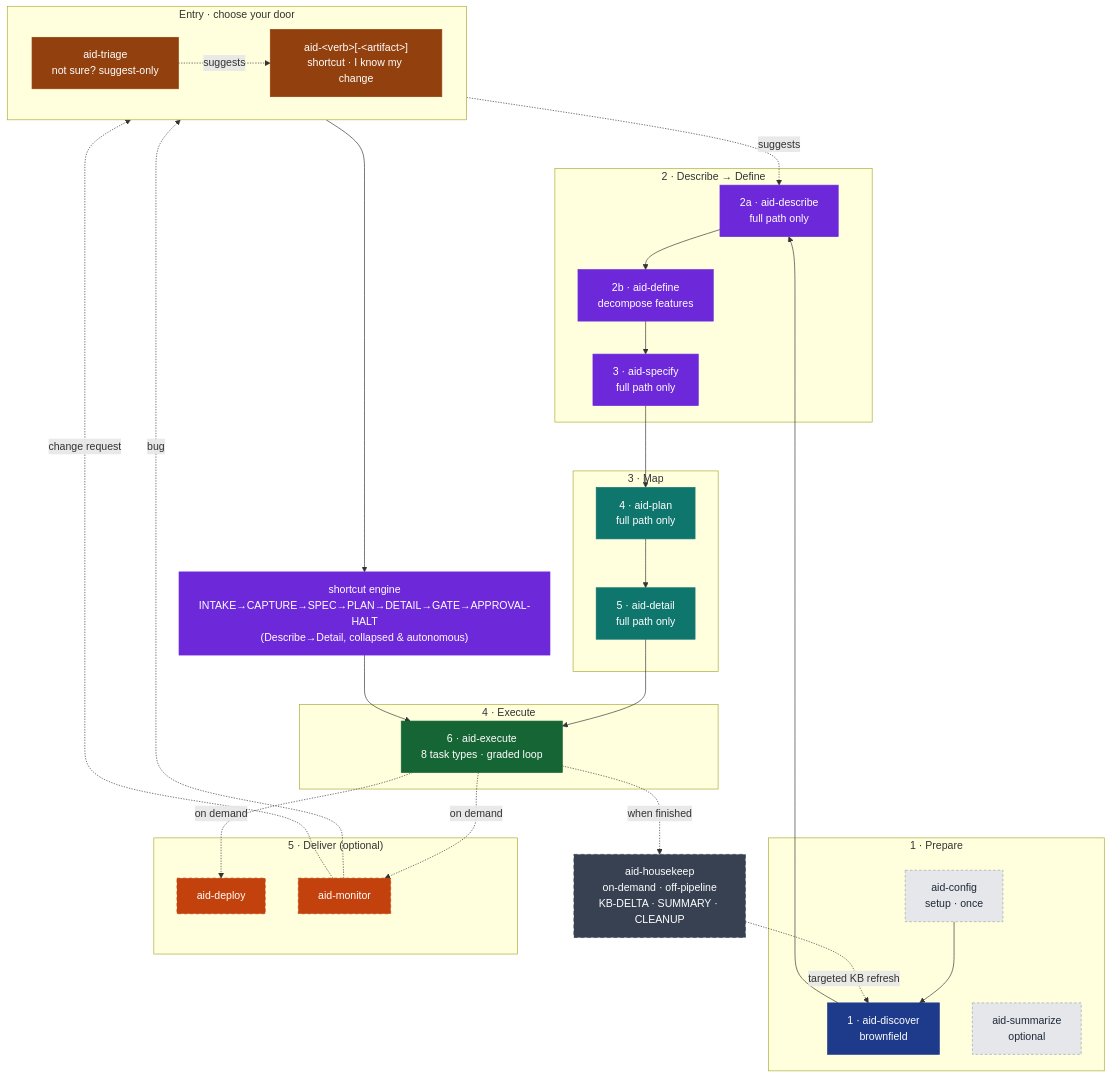
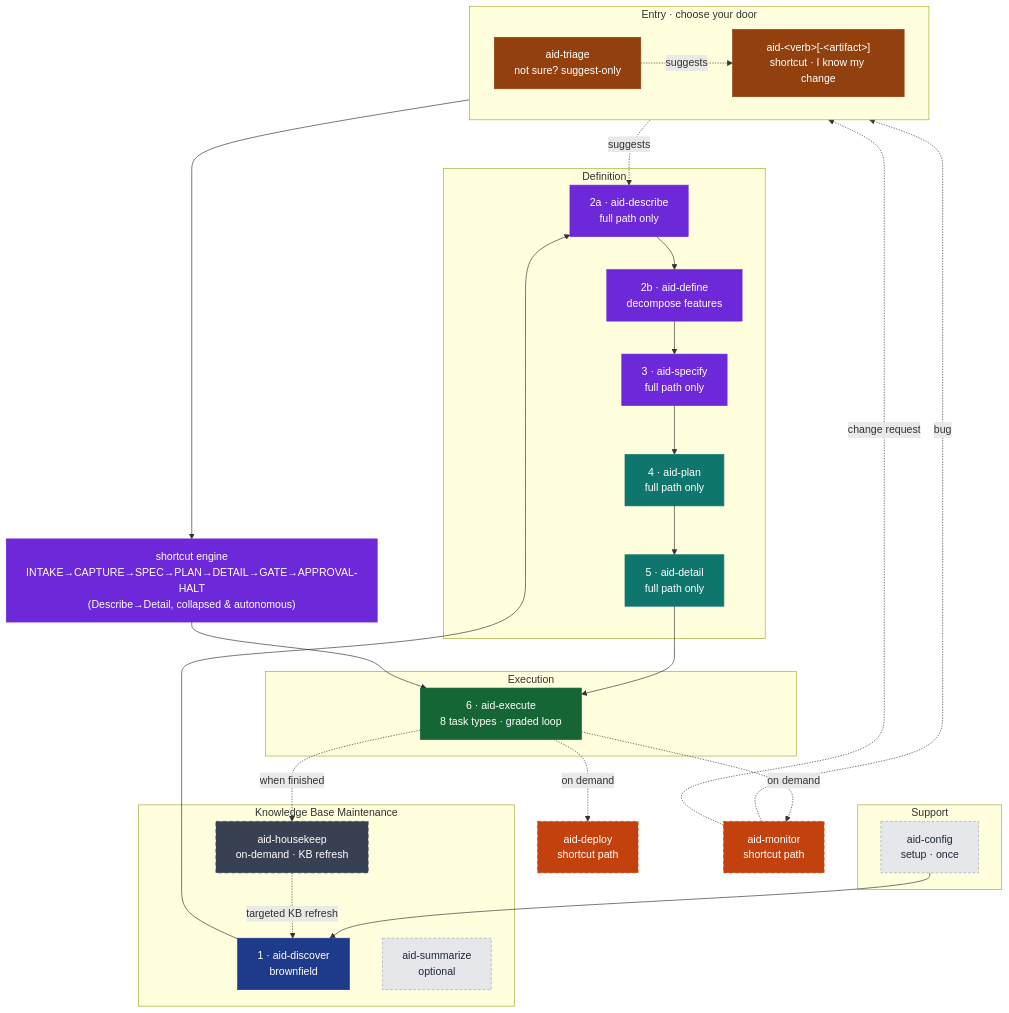
The first of 7 diagrams in docs/aid-methodology.md (AndreVianna/aid-methodology), drawn with Mermaid before and after one commit. The commit also changed other lines of this file and 91 other files, not shown here.

First line of the commit message:
refactor(work-018): reframe phase/group model — numbered pipeline ends at Execute, 4 skill groups

````diff
--- a/docs/aid-methodology.md
+++ b/docs/aid-methodology.md
@@ -26,53 +26,51 @@
 ```mermaid
 flowchart TB
     classDef prep    fill:#1E3A8A,stroke:#1E3A8A,color:#ffffff
     classDef def     fill:#6D28D9,stroke:#6D28D9,color:#ffffff
     classDef map     fill:#0F766E,stroke:#0F766E,color:#ffffff
     classDef exe     fill:#166534,stroke:#166534,color:#ffffff
     classDef delopt  fill:#C2410C,stroke:#C2410C,color:#ffffff,stroke-dasharray:5 4
     classDef aux     fill:#E5E7EB,stroke:#9CA3AF,color:#1F2937,stroke-dasharray:4 3
     classDef offpipe fill:#374151,stroke:#374151,color:#ffffff,stroke-dasharray:6 4
     classDef entry   fill:#92400E,stroke:#92400E,color:#ffffff
 
     subgraph GE[" Entry · choose your door "]
         direction LR
         SC["aid-&lt;verb&gt;[-&lt;artifact&gt;]<br/>shortcut · I know my change"]:::entry
         TR["aid-triage<br/>not sure? suggest-only"]:::entry
     end
     TR -. suggests .-> SC
 
-    subgraph G1[" 1 · Prepare "]
+    subgraph GS[" Support "]
         Init["aid-config<br/>setup · once"]:::aux
+    end
+    subgraph G1[" Knowledge Base Maintenance "]
         Disc["1 · aid-discover<br/>brownfield"]:::prep
         Sum["aid-summarize<br/>optional"]:::aux
+        HK["aid-housekeep<br/>on-demand · KB refresh"]:::offpipe
     end
-    subgraph G2[" 2 · Describe → Define "]
+    subgraph G2[" Definition "]
         Desc["2a · aid-describe<br/>full path only"]:::def
         Def["2b · aid-define<br/>decompose features"]:::def
         Spec["3 · aid-specify<br/>full path only"]:::def
-    end
-    subgraph G3[" 3 · Map "]
         Plan["4 · aid-plan<br/>full path only"]:::map
         Det["5 · aid-detail<br/>full path only"]:::map
     end
-    subgraph G4[" 4 · Execute "]
+    subgraph G4[" Execution "]
         Exe["6 · aid-execute<br/>8 task types · graded loop"]:::exe
     end
-    subgraph G5[" 5 · Deliver (optional) "]
-        Dep["aid-deploy"]:::delopt
-        Mon["aid-monitor"]:::delopt
-    end
 
-    HK["aid-housekeep<br/>on-demand · off-pipeline<br/>KB-DELTA · SUMMARY · CLEANUP"]:::offpipe
+    Dep["aid-deploy<br/>shortcut path"]:::delopt
+    Mon["aid-monitor<br/>shortcut path"]:::delopt
 
     TR -. suggests .-> Desc
     Init --> Disc --> Desc --> Def --> Spec --> Plan --> Det --> Exe
     SC --> ENG["shortcut engine<br/>INTAKE→CAPTURE→SPEC→PLAN→DETAIL→GATE→APPROVAL-HALT<br/>(Describe→Detail, collapsed &amp; autonomous)"]:::def
     ENG --> Exe
     Exe -. "on demand" .-> Dep
     Exe -. "on demand" .-> Mon
     Exe -. "when finished" .-> HK
     Mon -. "bug" .-> SC
     Mon -. "change request" .-> TR
     HK  -. "targeted KB refresh" .-> Disc
 ```
````
